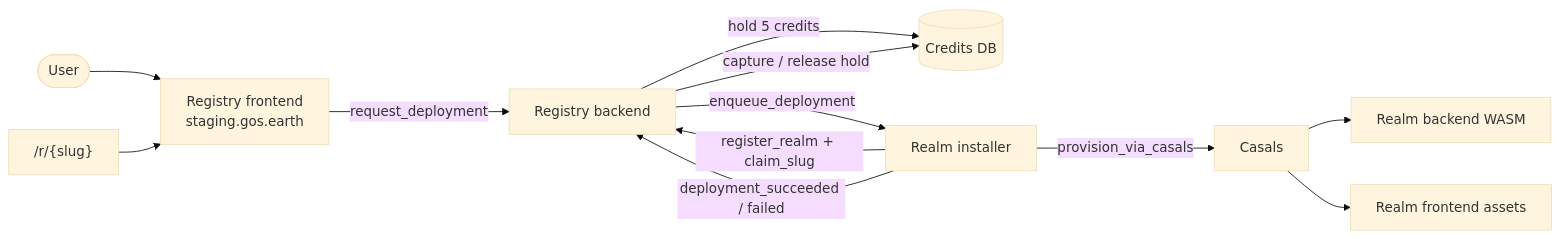
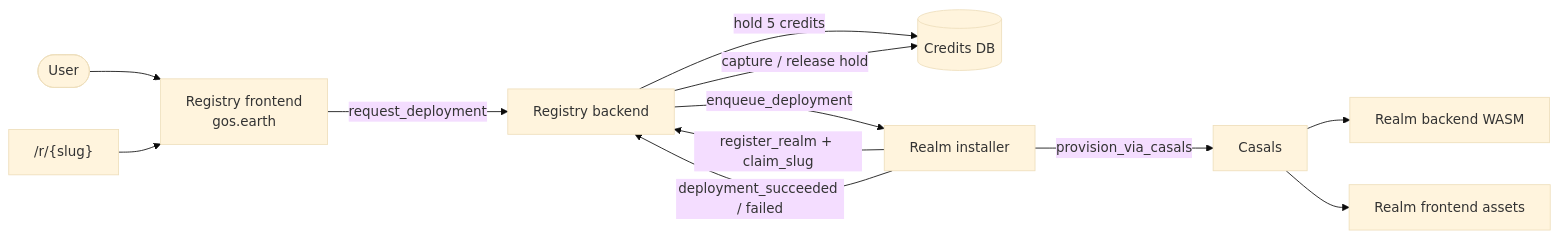
One commit to smart-social-contracts/gos-as-a-service changed the diagram in README.md. Above: the diagram before and after it, drawn with Mermaid (base theme). The commit also changed other lines of this file and 31 other files, not shown here.

````diff
--- a/README.md
+++ b/README.md
@@ -30,14 +22,14 @@
 ```mermaid
 flowchart LR
-  User([User]) --> Wizard[Registry frontend<br/>staging.gos.earth]
+  User([User]) --> Wizard[Registry frontend<br/>gos.earth]
   Wizard -->|request_deployment| RegBE[Registry backend]
   RegBE -->|hold 5 credits| Credits[(Credits DB)]
   RegBE -->|enqueue_deployment| Installer[Realm installer]
   Installer -->|provision_via_casals| Casals[Casals]
   Casals --> RealmBE[Realm backend WASM]
   Casals --> RealmFE[Realm frontend assets]
   Installer -->|register_realm + claim_slug| RegBE
   Installer -->|deployment_succeeded / failed| RegBE
   RegBE -->|capture / release hold| Credits
   Slug["/r/{slug}"] --> Wizard
 ```
````
